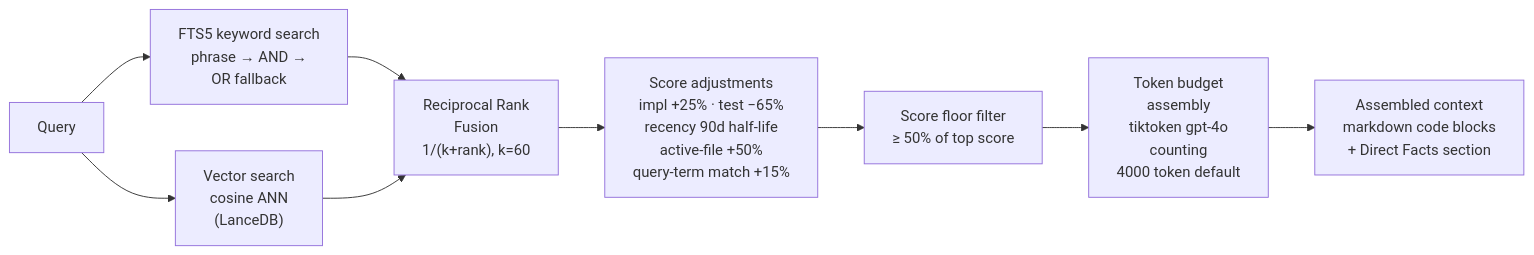
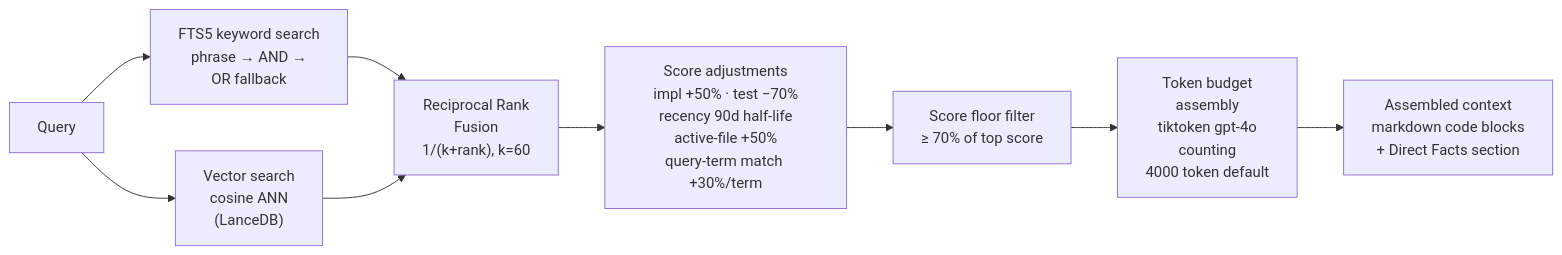
The fourth of 5 diagrams in README.md (proofofwork-agency/reporecall), drawn with Mermaid before and after one commit. The commit also changed other lines of this file, not shown here.

````diff
--- a/README.md
+++ b/README.md
@@ -390,14 +390,14 @@
 ```mermaid
 flowchart LR
     Q2["Query"]
     FTS5S["FTS5 keyword search<br/>phrase → AND →<br/>OR fallback"]
     VEC["Vector search<br/>cosine ANN<br/>(LanceDB)"]
     RRF["Reciprocal Rank<br/>Fusion<br/>1/(k+rank), k=60"]
-    Adj["Score adjustments<br/>impl +25% · test −65%<br/>recency 90d half-life<br/>active-file +50%<br/>query-term match +15%"]
-    Floor["Score floor filter<br/>≥ 50% of top score"]
+    Adj["Score adjustments<br/>impl +50% · test −70%<br/>recency 90d half-life<br/>active-file +50%<br/>query-term match +30%/term"]
+    Floor["Score floor filter<br/>≥ 70% of top score"]
     Budget["Token budget<br/>assembly<br/>tiktoken gpt-4o<br/>counting<br/>4000 token default"]
     Ctx["Assembled context<br/>markdown code blocks<br/>+ Direct Facts section"]
 
     Q2 --> FTS5S & VEC
     FTS5S & VEC --> RRF --> Adj --> Floor --> Budget --> Ctx
 ```
````
